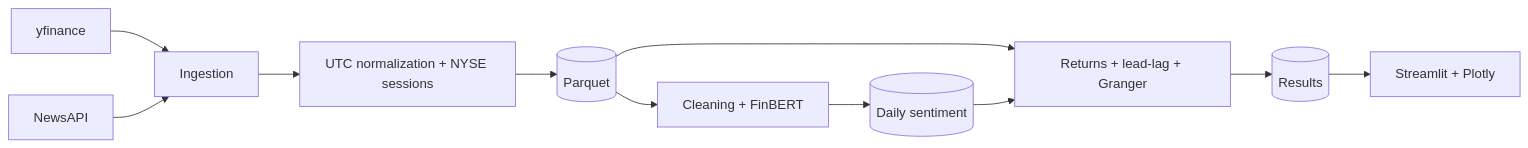
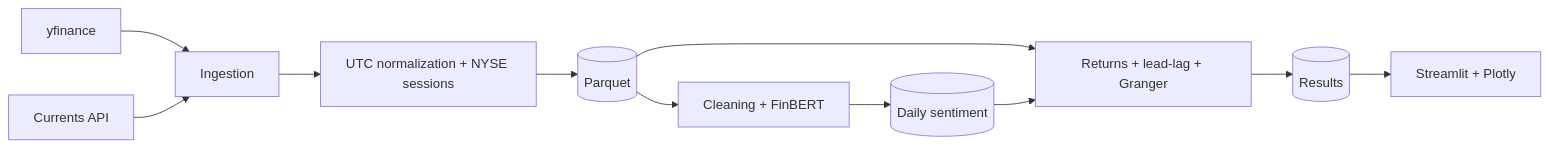
The diagram in README.md (Vicctor52/Stock-Sentiment-Analysis), drawn with Mermaid before and after one commit. The commit also changed other lines of this file and 18 other files, not shown here.

Commit message:
feat(dashboard): adjust axis and the data showed at both charts

````diff
--- a/README.md
+++ b/README.md
@@ -8,13 +8,13 @@
 ```mermaid
 flowchart LR
     Y[yfinance] --> ING[Ingestion]
-    N[NewsAPI] --> ING
+    N[Currents API] --> ING
     ING --> NRM[UTC normalization + NYSE sessions]
     NRM --> PQ[(Parquet)]
     PQ --> NLP[Cleaning + FinBERT]
     NLP --> DS[(Daily sentiment)]
     PQ --> AN[Returns + lead-lag + Granger]
     DS --> AN
     AN --> RES[(Results)]
     RES --> DASH[Streamlit + Plotly]
 ```
````
